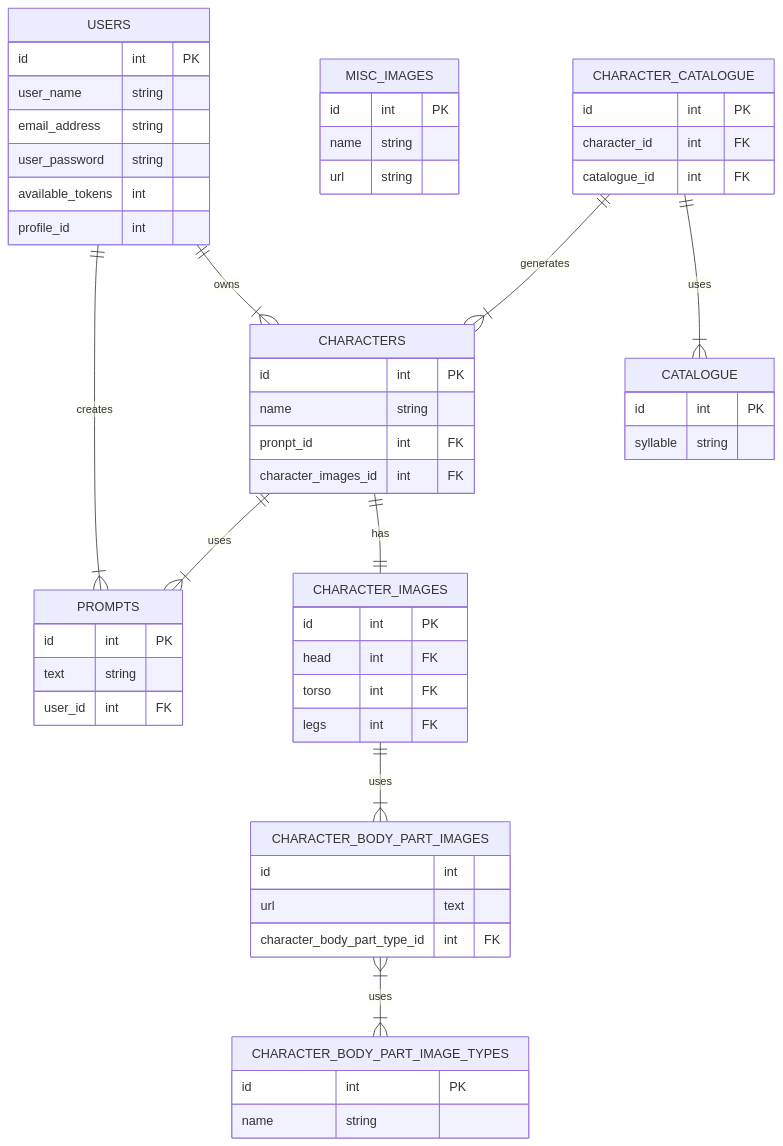
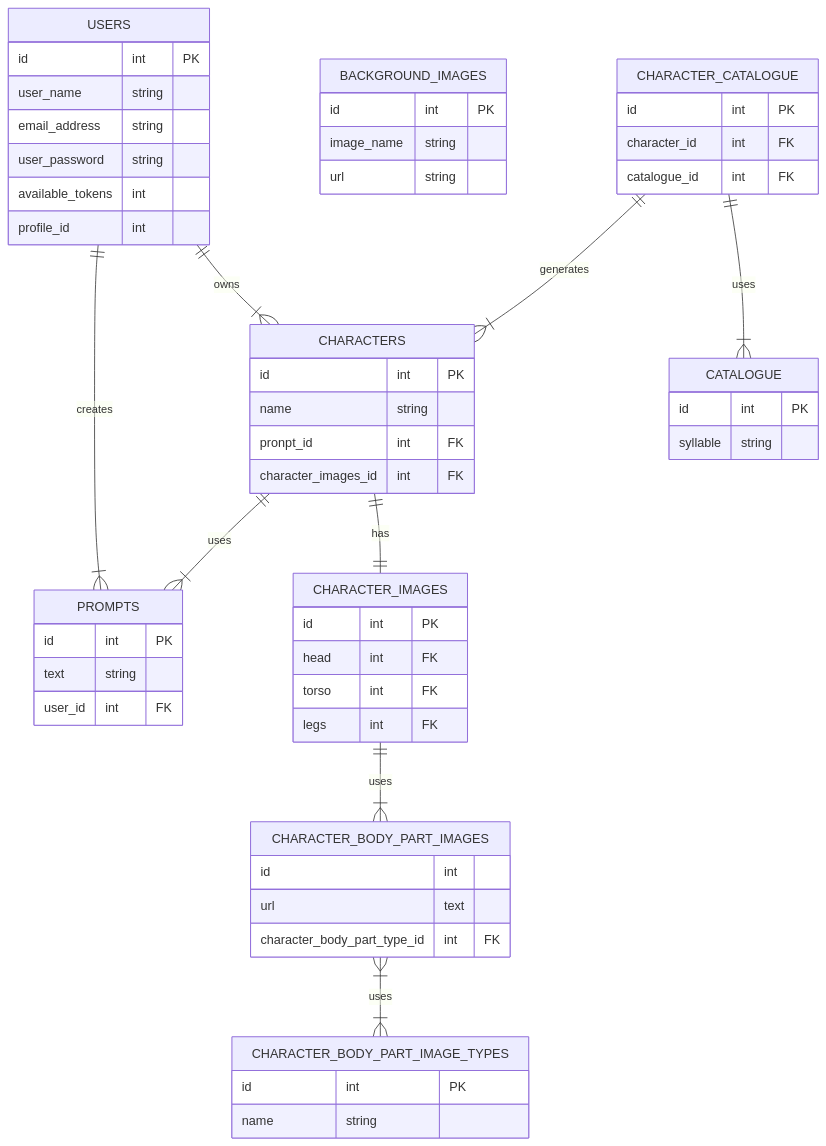
One commit to Wren00/create-an-orc changed the second of 2 diagrams in README.md. Above: the diagram before and after it, drawn with Mermaid.

````diff
--- a/README.md
+++ b/README.md
@@ -69,61 +69,61 @@
 ```mermaid
 erDiagram
 direction TB
 USERS {
 	id int PK
 	user_name string
 	email_address string
 	user_password string
 	available_tokens int
 	profile_id int
 }
 PROMPTS {
  	id int PK
 	text string
 	user_id int FK
 }
 CHARACTERS {
  	id int PK
 	name string
 	pronpt_id int FK
 	character_images_id int FK
 }
 CHARACTER_IMAGES {
 	id int PK
 	head int FK
 	torso int FK
 	legs int FK
 }
 CHARACTER_BODY_PART_IMAGES {
 	id int
 	url text 
 	character_body_part_type_id int FK
 }
 CHARACTER_BODY_PART_IMAGE_TYPES {
 	id int PK
 	name string
 }
-MISC_IMAGES {
+BACKGROUND_IMAGES {
  	id int PK
-	name string
+	image_name string
 	url string
 }
 CHARACTER_CATALOGUE {
 	id int PK
 	character_id int FK
 	catalogue_id int FK
 }
 CATALOGUE {
     id int PK
     syllable string
 }
 	USERS ||--|{ PROMPTS : creates
 	USERS ||--|{ CHARACTERS : owns
 	CHARACTERS ||--|{ PROMPTS : uses
 	CHARACTERS ||--|| CHARACTER_IMAGES : has
 	CHARACTER_IMAGES ||--|{ CHARACTER_BODY_PART_IMAGES : uses
 	CHARACTER_BODY_PART_IMAGES }|--|{ CHARACTER_BODY_PART_IMAGE_TYPES : uses
 	CHARACTER_CATALOGUE ||--|{ CHARACTERS : generates
 	CHARACTER_CATALOGUE ||--|{ CATALOGUE : uses
 	
 ```
````
